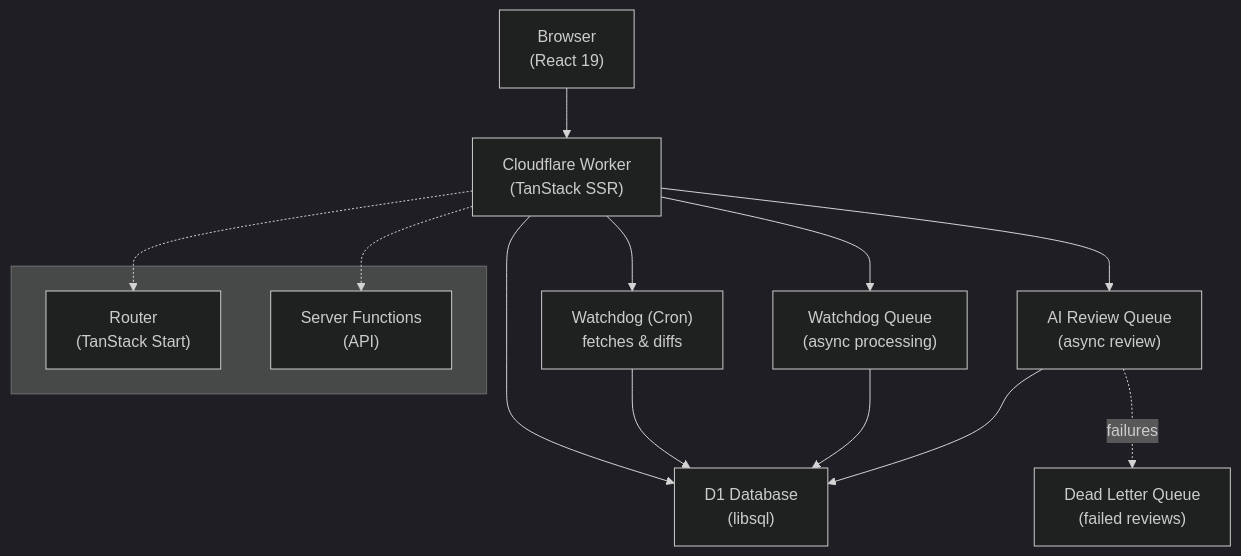
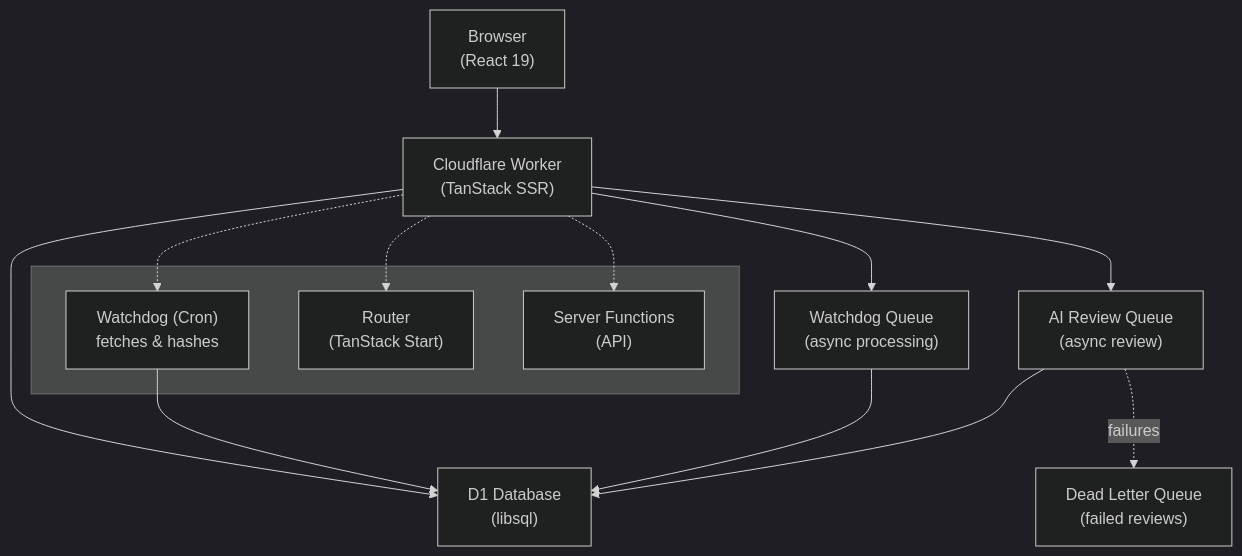
The diagram in README.md (lynicis/PrivacyGPT), drawn with Mermaid (dark theme) before and after one commit. The commit also changed other lines of this file and 3 other files, not shown here.

Commit message:
docs: update architecture guidelines regarding DB source of truth

````diff
--- a/README.md
+++ b/README.md
@@ -43,28 +43,29 @@
 ```mermaid
 flowchart TD
     Browser["Browser\n(React 19)"]
     Worker["Cloudflare Worker\n(TanStack SSR)"]
     D1["D1 Database\n(libsql)"]
     Watchdog["Watchdog (Cron)\nfetches & diffs"]
     WatchdogQueue["Watchdog Queue\n(async processing)"]
     AIReviewQueue["AI Review Queue\n(async review)"]
     DLQ["Dead Letter Queue\n(failed reviews)"]
 
     Browser --> Worker
     Worker --> D1
 
     subgraph WorkerInternal [" "]
         Router["Router\n(TanStack Start)"]
         ServerFns["Server Functions\n(API)"]
+        Watchdog["Watchdog (Cron)\nfetches & hashes"]
     end
     Worker -.-> Router
     Worker -.-> ServerFns
+    Worker -.-> Watchdog
 
-    Worker --> Watchdog
     Worker --> WatchdogQueue
     Worker --> AIReviewQueue
     Watchdog --> D1
     WatchdogQueue --> D1
     AIReviewQueue --> D1
     AIReviewQueue -.->|failures| DLQ
 ```
````
